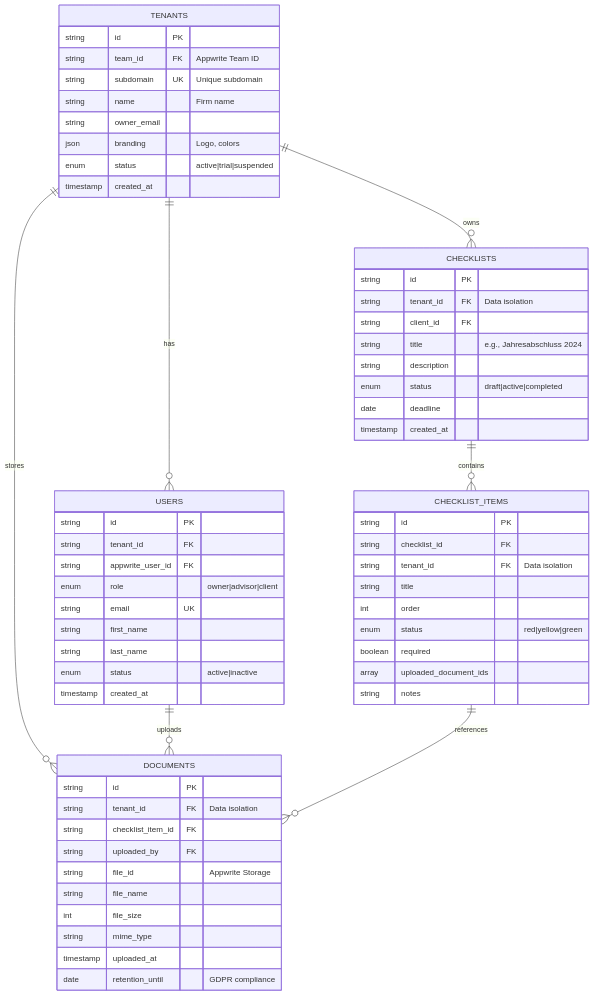
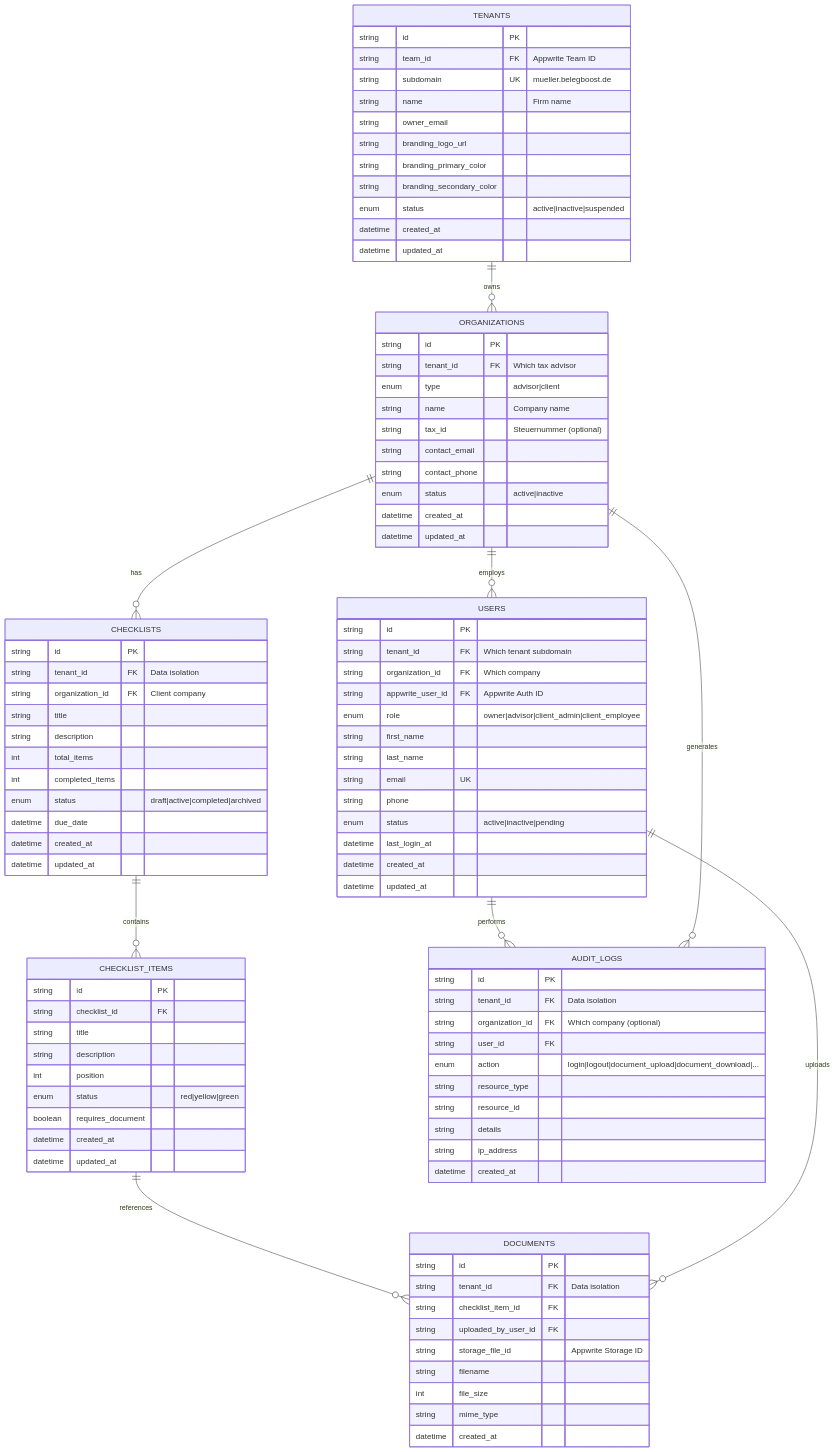
Before and after one commit to theofficialpopo/belegboost: the diagram in docs/github-issue-belegboost.md, drawn with Mermaid. The commit also changed other lines of this file, not shown here.

First line of the commit message:
docs: Update comprehensive GitHub issue with revised database schema

````diff
--- a/docs/github-issue-belegboost.md
+++ b/docs/github-issue-belegboost.md
@@ -72,68 +78,105 @@
 ```mermaid
 erDiagram
-    TENANTS ||--o{ USERS : has
-    TENANTS ||--o{ CHECKLISTS : owns
-    TENANTS ||--o{ DOCUMENTS : stores
-    USERS ||--o{ DOCUMENTS : uploads
+    TENANTS ||--o{ ORGANIZATIONS : owns
+    ORGANIZATIONS ||--o{ USERS : employs
+    ORGANIZATIONS ||--o{ CHECKLISTS : has
     CHECKLISTS ||--o{ CHECKLIST_ITEMS : contains
     CHECKLIST_ITEMS ||--o{ DOCUMENTS : references
+    USERS ||--o{ DOCUMENTS : uploads
+    USERS ||--o{ AUDIT_LOGS : performs
+    ORGANIZATIONS ||--o{ AUDIT_LOGS : generates
 
     TENANTS {
         string id PK
         string team_id FK "Appwrite Team ID"
-        string subdomain UK "Unique subdomain"
+        string subdomain UK "mueller.belegboost.de"
         string name "Firm name"
         string owner_email
-        json branding "Logo, colors"
-        enum status "active|trial|suspended"
-        timestamp created_at
+        string branding_logo_url
+        string branding_primary_color
+        string branding_secondary_color
+        enum status "active|inactive|suspended"
+        datetime created_at
+        datetime updated_at
+    }
+
+    ORGANIZATIONS {
+        string id PK
+        string tenant_id FK "Which tax advisor"
+        enum type "advisor|client"
+        string name "Company name"
+        string tax_id "Steuernummer (optional)"
+        string contact_email
+        string contact_phone
+        enum status "active|inactive"
+        datetime created_at
+        datetime updated_at
     }
 
     USERS {
         string id PK
-        string tenant_id FK
-        string appwrite_user_id FK
-        enum role "owner|advisor|client"
-        string email UK
+        string tenant_id FK "Which tenant subdomain"
+        string organization_id FK "Which company"
+        string appwrite_user_id FK "Appwrite Auth ID"
+        enum role "owner|advisor|client_admin|client_employee"
         string first_name
         string last_name
-        enum status "active|inactive"
-        timestamp created_at
+        string email UK
+        string phone
+        enum status "active|inactive|pending"
+        datetime last_login_at
+        datetime created_at
+        datetime updated_at
     }
 
     CHECKLISTS {
         string id PK
         string tenant_id FK "Data isolation"
-        string client_id FK
-        string title "e.g., Jahresabschluss 2024"
+        string organization_id FK "Client company"
+        string title
         string description
-        enum status "draft|active|completed"
-        date deadline
-        timestamp created_at
+        int total_items
+        int completed_items
+        enum status "draft|active|completed|archived"
+        datetime due_date
+        datetime created_at
+        datetime updated_at
     }
 
     CHECKLIST_ITEMS {
         string id PK
         string checklist_id FK
-        string tenant_id FK "Data isolation"
         string title
-        int order
+        string description
+        int position
         enum status "red|yellow|green"
-        boolean required
-        array uploaded_document_ids
-        string notes
+        boolean requires_document
+        datetime created_at
+        datetime updated_at
     }
 
     DOCUMENTS {
         string id PK
         string tenant_id FK "Data isolation"
         string checklist_item_id FK
-        string uploaded_by FK
-        string file_id "Appwrite Storage"
-        string file_name
+        string uploaded_by_user_id FK
+        string storage_file_id "Appwrite Storage ID"
+        string filename
         int file_size
         string mime_type
-        timestamp uploaded_at
-        date retention_until "GDPR compliance"
+        datetime created_at
+    }
+
+    AUDIT_LOGS {
+        string id PK
+        string tenant_id FK "Data isolation"
+        string organization_id FK "Which company (optional)"
+        string user_id FK
+        enum action "login|logout|document_upload|document_download|..."
+        string resource_type
+        string resource_id
+        string details
+        string ip_address
+        datetime created_at
     }
 ```
````
